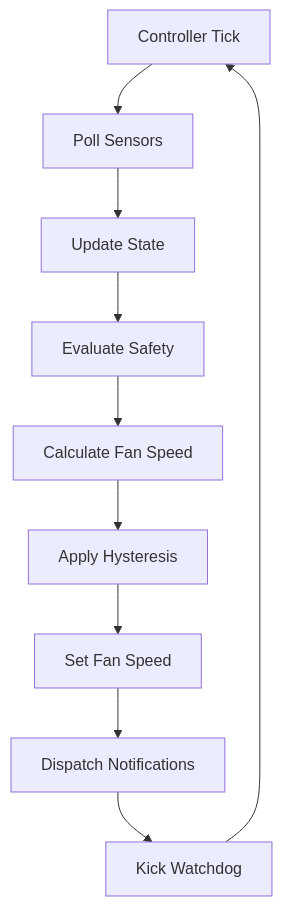
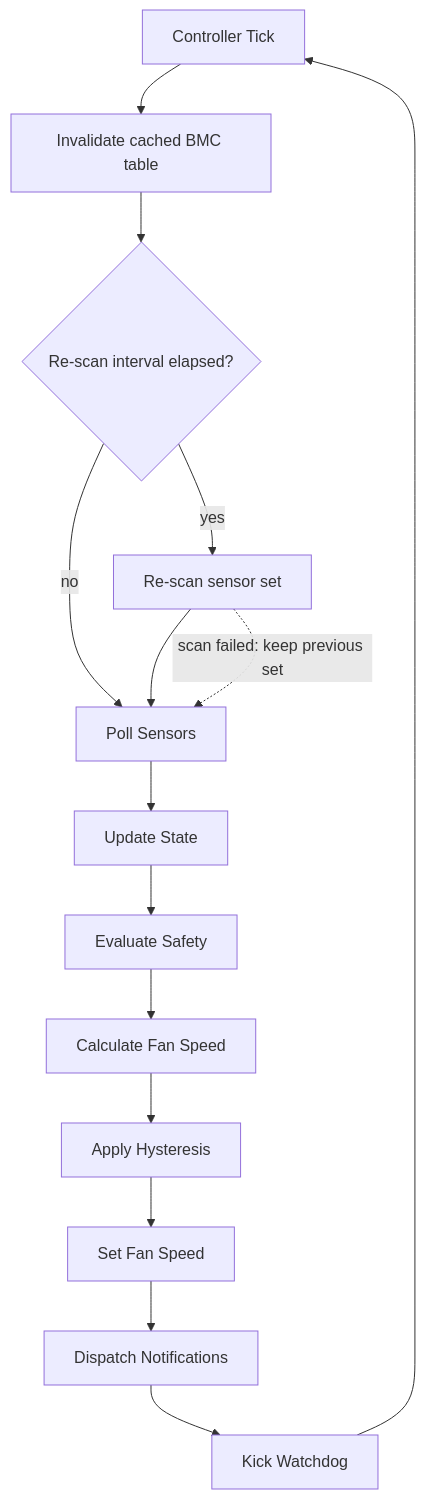
One commit to rrob1487/fand changed the diagram in docs/diagrams/controll_flow.md. Above: the diagram before and after it, drawn with Mermaid. The commit also changed 14 other files, not shown here.

First line of the commit message:
Fix IPMI temperature sensors being lost after a BMC cold boot

````diff
--- a/docs/diagrams/controll_flow.md
+++ b/docs/diagrams/controll_flow.md
@@ -1,23 +1,35 @@
 ```mermaid
 flowchart TD
 
 A[Controller Tick]
 
-A --> B[Poll Sensors]
+A --> A1[Invalidate cached BMC table]
+
+A1 --> A2{Re-scan interval elapsed?}
+
+A2 -- yes --> A3[Re-scan sensor set]
+
+A2 -- no --> B
+
+A3 --> B
+
+A3 -.->|scan failed: keep previous set| B
+
+B[Poll Sensors]
 
 B --> C[Update State]
 
 C --> D[Evaluate Safety]
 
 D --> E[Calculate Fan Speed]
 
 E --> F[Apply Hysteresis]
 
 F --> G[Set Fan Speed]
 
 G --> H[Dispatch Notifications]
 
 H --> I[Kick Watchdog]
 
 I --> A
 ```
````
